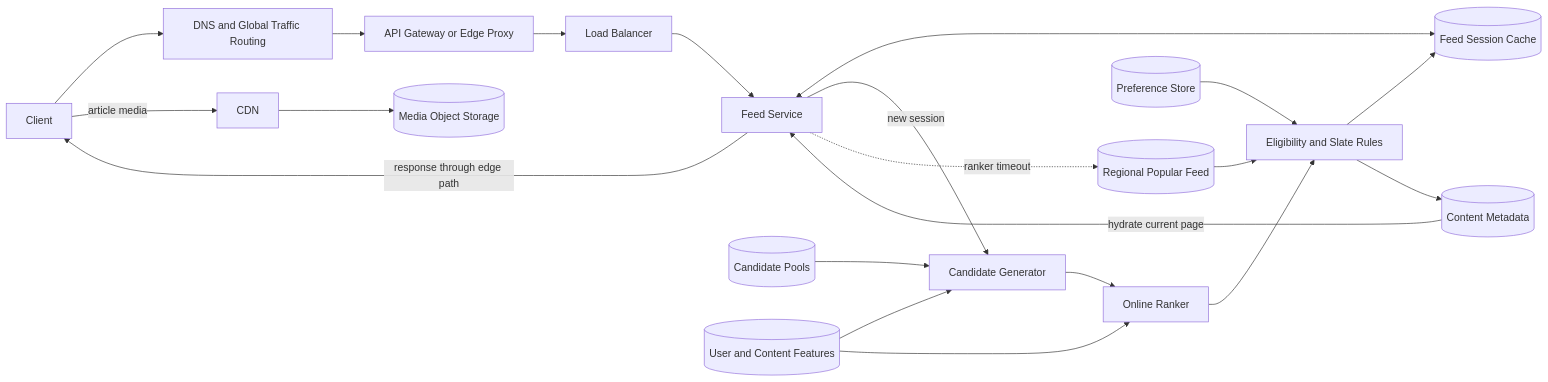
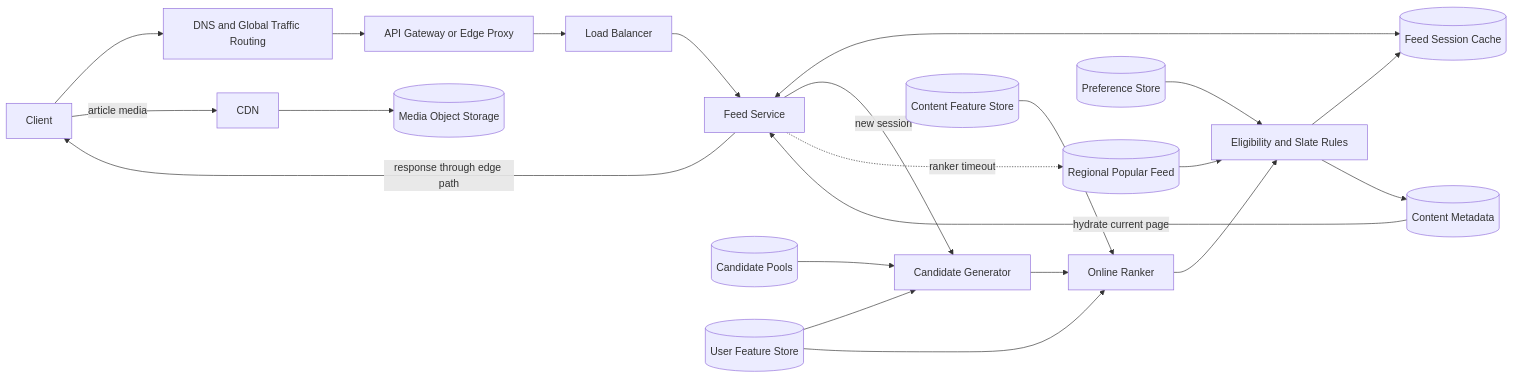
Before and after one commit to shiiyan/learn-system-design: the second of 3 diagrams in personalized-news-feed-interview-quick-reference.md, drawn with Mermaid. The commit also changed other lines of this file, not shown here.

Commit message:
Separate user and content feature domains

````diff
--- a/personalized-news-feed-interview-quick-reference.md
+++ b/personalized-news-feed-interview-quick-reference.md
@@ -172,23 +172,24 @@
 ```mermaid
 flowchart LR
     Client --> DNS[DNS and Global Traffic Routing]
     DNS --> Edge[API Gateway or Edge Proxy]
     Edge --> LB[Load Balancer]
     LB --> Feed[Feed Service]
     Feed <--> Session[(Feed Session Cache)]
     Feed -->|new session| Generator[Candidate Generator]
     Pools[(Candidate Pools)] --> Generator
-    Features[(User and Content Features)] --> Generator
+    UserFeatures[(User Feature Store)] --> Generator
     Generator --> Ranker[Online Ranker]
-    Features --> Ranker
+    UserFeatures --> Ranker
+    ContentFeatures[(Content Feature Store)] --> Ranker
     Ranker --> Rules[Eligibility and Slate Rules]
     Preferences[(Preference Store)] --> Rules
     Rules --> Session
     Rules --> Metadata[(Content Metadata)]
     Metadata -->|hydrate current page| Feed
     Feed -->|response through edge path| Client
     Feed -. ranker timeout .-> Popular[(Regional Popular Feed)]
     Popular --> Rules
     Client -->|article media| CDN[CDN]
     CDN --> Media[(Media Object Storage)]
 ```
````
